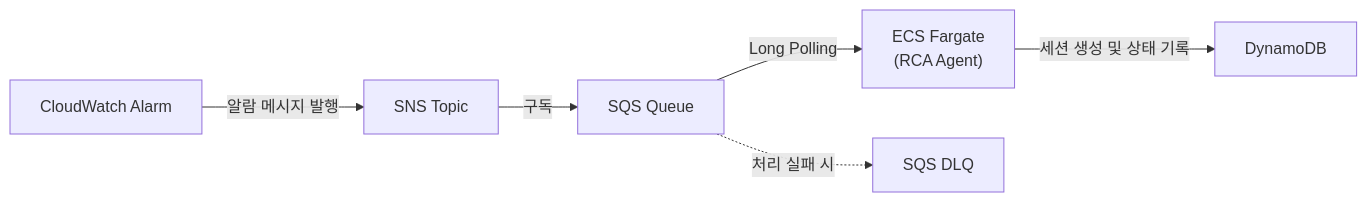
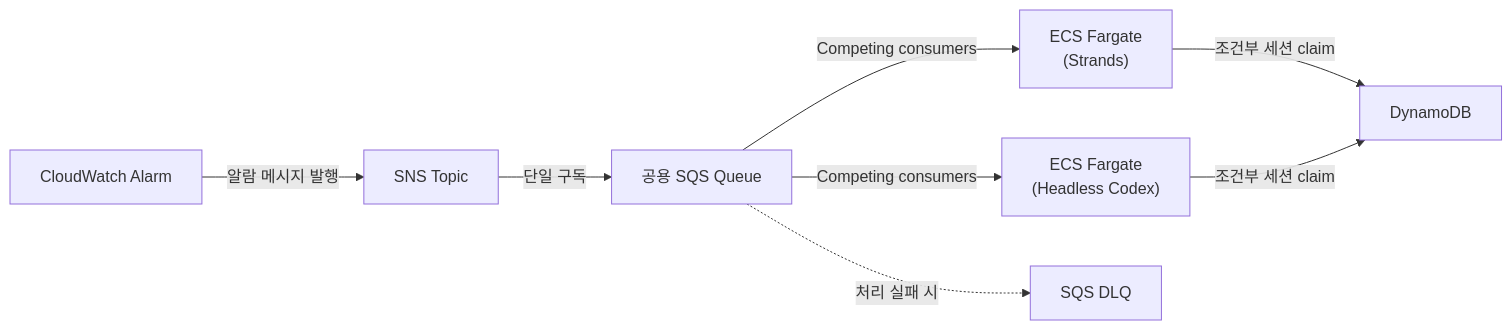
The diagram in docs/adr/infra/0001-alarm-ingestion-sns-sqs-fargate.md (haandol/rca-agent), drawn with Mermaid before and after one commit. The commit also changed other lines of this file and 45 other files, not shown here.

````diff
--- a/docs/adr/infra/0001-alarm-ingestion-sns-sqs-fargate.md
+++ b/docs/adr/infra/0001-alarm-ingestion-sns-sqs-fargate.md
@@ -29,8 +29,10 @@
 ```mermaid
 flowchart LR
     CWA["CloudWatch Alarm"] -->|알람 메시지 발행| SNS["SNS Topic"]
-    SNS -->|구독| SQS["SQS Queue"]
-    SQS -->|Long Polling| Fargate["ECS Fargate\n(RCA Agent)"]
+    SNS -->|단일 구독| SQS["공용 SQS Queue"]
+    SQS -->|Competing consumers| Strands["ECS Fargate\n(Strands)"]
+    SQS -->|Competing consumers| Codex["ECS Fargate\n(Headless Codex)"]
     SQS -.->|처리 실패 시| DLQ["SQS DLQ"]
-    Fargate -->|세션 생성 및 상태 기록| DDB["DynamoDB"]
+    Strands -->|조건부 세션 claim| DDB["DynamoDB"]
+    Codex -->|조건부 세션 claim| DDB
 ```
````
